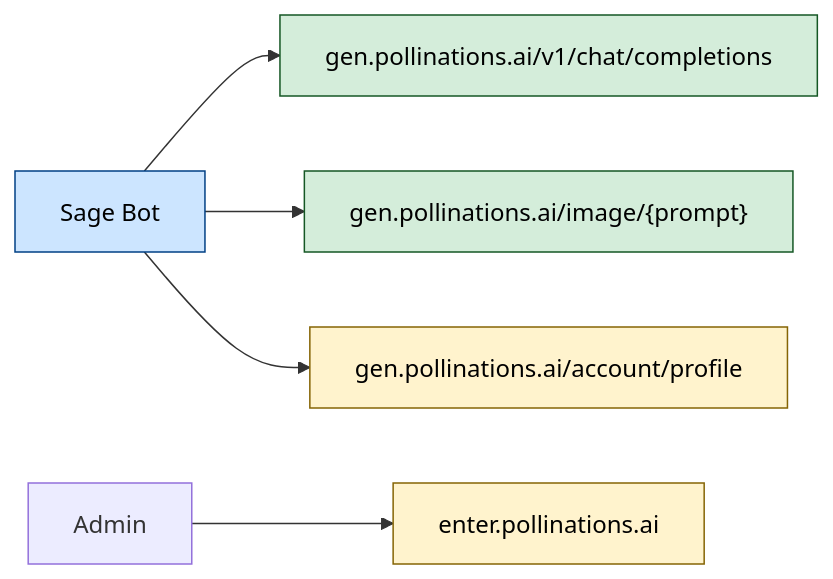
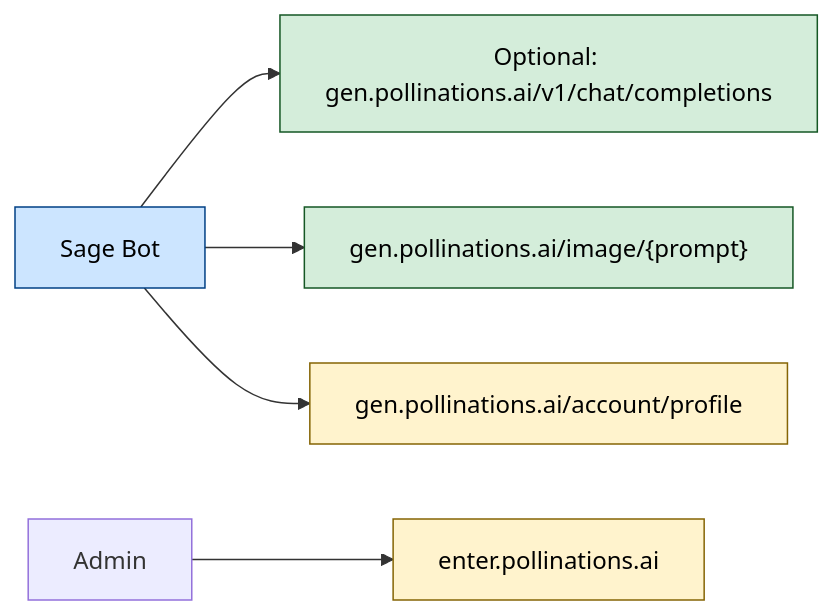
One commit to BokX1/Sage changed the diagram in docs/reference/POLLINATIONS.md. Above: the diagram before and after it, drawn with Mermaid. The commit also changed other lines of this file and 90 other files, not shown here.

````diff
--- a/docs/reference/POLLINATIONS.md
+++ b/docs/reference/POLLINATIONS.md
@@ -19,11 +19,11 @@
 ```mermaid
 flowchart LR
     classDef sage fill:#cce5ff,stroke:#004085,color:black
     classDef api fill:#d4edda,stroke:#155724,color:black
     classDef mgmt fill:#fff3cd,stroke:#856404,color:black
 
-    S[Sage Bot]:::sage --> T["gen.pollinations.ai/v1/chat/completions"]:::api
+    S[Sage Bot]:::sage --> T["Optional: gen.pollinations.ai/v1/chat/completions"]:::api
     S --> I["gen.pollinations.ai/image/{prompt}"]:::api
     S --> P["gen.pollinations.ai/account/profile"]:::mgmt
     A[Admin] --> D["enter.pollinations.ai"]:::mgmt
 ```
````
